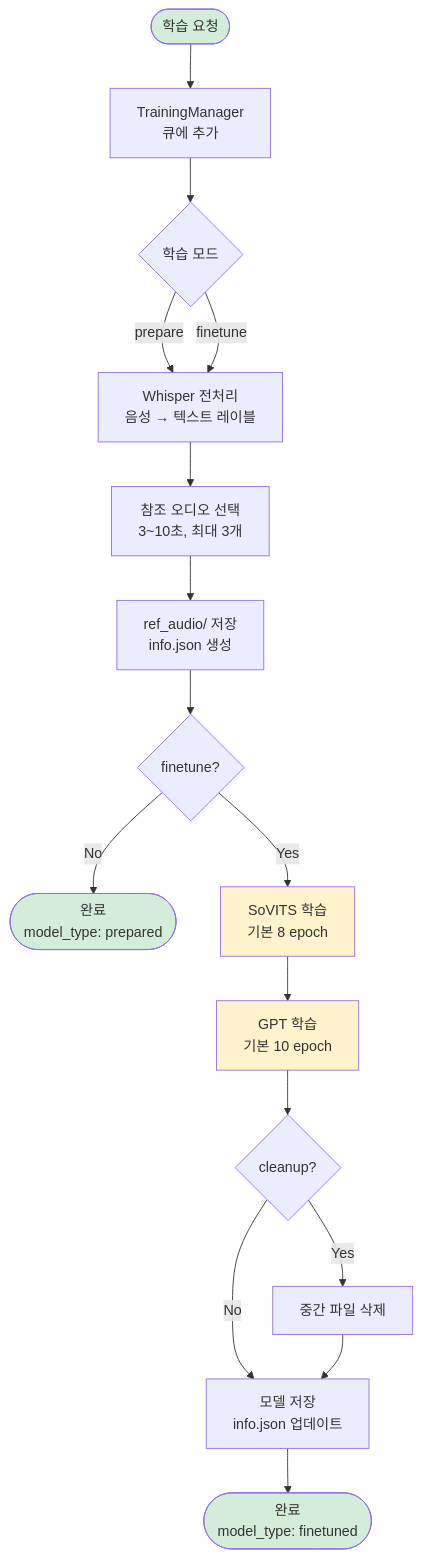
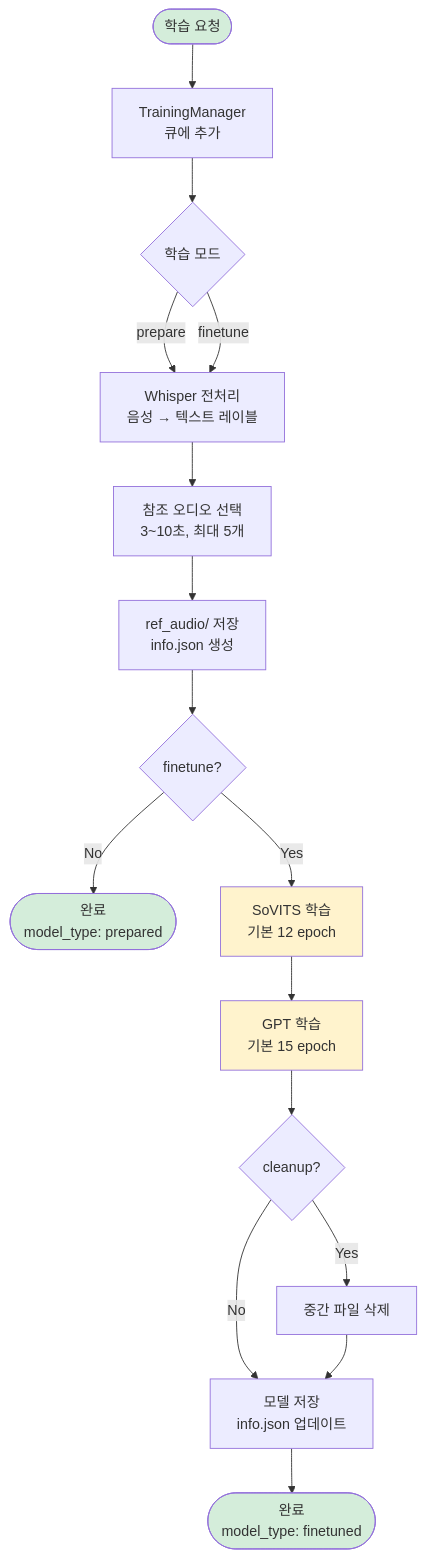
Before and after one commit to grasp-pixel/ArkSynth: the third of 5 diagrams in docs/DESIGN.md, drawn with Mermaid. The commit also changed 3 other files, not shown here.

````diff
--- a/docs/DESIGN.md
+++ b/docs/DESIGN.md
@@ -111,30 +111,30 @@
 ```mermaid
 flowchart TD
     Start([학습 요청]) --> Queue[TrainingManager<br/>큐에 추가]
     Queue --> Mode{학습 모드}
 
     Mode -->|prepare| Whisper[Whisper 전처리<br/>음성 → 텍스트 레이블]
     Mode -->|finetune| Whisper
 
-    Whisper --> RefSelect[참조 오디오 선택<br/>3~10초, 최대 3개]
+    Whisper --> RefSelect[참조 오디오 선택<br/>3~10초, 최대 5개]
     RefSelect --> PrepareRef[ref_audio/ 저장<br/>info.json 생성]
 
     PrepareRef --> IsFT{finetune?}
 
     IsFT -->|No| Done([완료<br/>model_type: prepared])
 
-    IsFT -->|Yes| TrainSoVITS[SoVITS 학습<br/>기본 8 epoch]
-    TrainSoVITS --> TrainGPT[GPT 학습<br/>기본 10 epoch]
+    IsFT -->|Yes| TrainSoVITS[SoVITS 학습<br/>기본 12 epoch]
+    TrainSoVITS --> TrainGPT[GPT 학습<br/>기본 15 epoch]
     TrainGPT --> Cleanup{cleanup?}
 
     Cleanup -->|Yes| Clean[중간 파일 삭제]
     Cleanup -->|No| Save
     Clean --> Save[모델 저장<br/>info.json 업데이트]
     Save --> DoneFT([완료<br/>model_type: finetuned])
 
     style Start fill:#d4edda
     style Done fill:#d4edda
     style DoneFT fill:#d4edda
     style TrainSoVITS fill:#fff3cd
     style TrainGPT fill:#fff3cd
 ```
````
